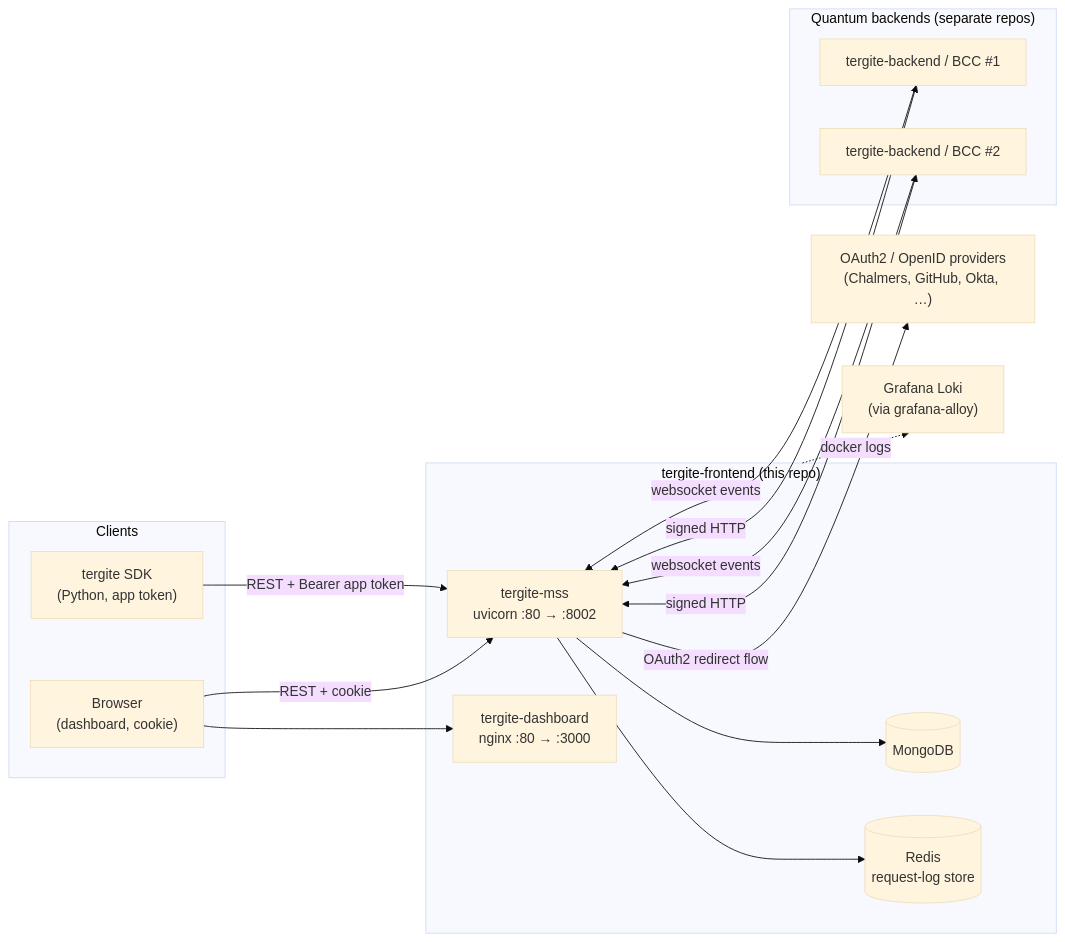
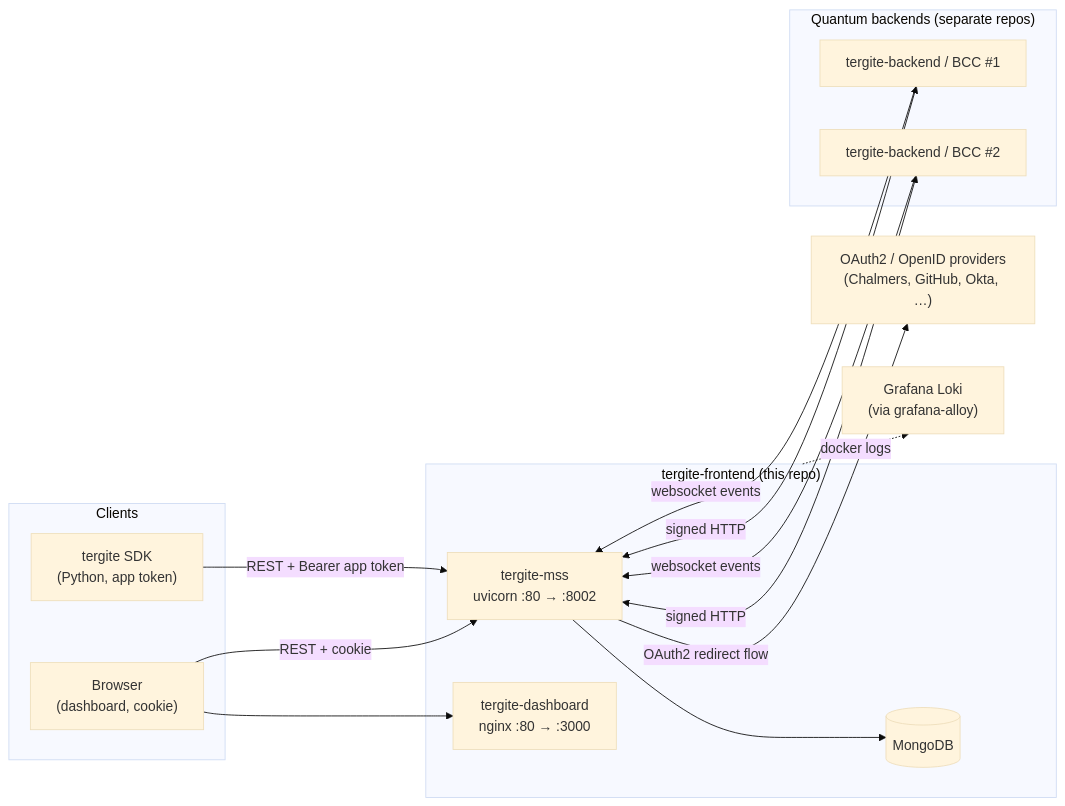
The first of 2 diagrams in DESIGN.md (tergite/tergite-frontend), drawn with Mermaid (base theme) before and after one commit. The commit also changed other lines of this file and 35 other files, not shown here.

First line of the commit message:
MSS: Keep the request log in the database and drop Redis

````diff
--- a/DESIGN.md
+++ b/DESIGN.md
@@ -32,34 +32,32 @@
 ```mermaid
 flowchart LR
     subgraph clients [Clients]
       SDK["tergite SDK<br/>(Python, app token)"]
       Browser["Browser<br/>(dashboard, cookie)"]
     end
 
     subgraph frontend ["tergite-frontend (this repo)"]
       Dash["tergite-dashboard<br/>nginx :80 → :3000"]
       MSS["tergite-mss<br/>uvicorn :80 → :8002"]
       Mongo[("MongoDB")]
-      Redis[("Redis<br/>request-log store")]
     end
 
     subgraph backends ["Quantum backends (separate repos)"]
       BCC1["tergite-backend / BCC #1"]
       BCC2["tergite-backend / BCC #2"]
     end
 
     IdP["OAuth2 / OpenID providers<br/>(Chalmers, GitHub, Okta, …)"]
     Loki["Grafana Loki<br/>(via grafana-alloy)"]
 
     Browser --> Dash
     Browser -->|"REST + cookie"| MSS
     SDK -->|"REST + Bearer app token"| MSS
     MSS --> Mongo
-    MSS --> Redis
     MSS <-->|"signed HTTP"| BCC1
     MSS <-->|"signed HTTP"| BCC2
     BCC1 -->|"websocket events"| MSS
     BCC2 -->|"websocket events"| MSS
     MSS -->|"OAuth2 redirect flow"| IdP
     frontend -.->|"docker logs"| Loki
 ```
````
